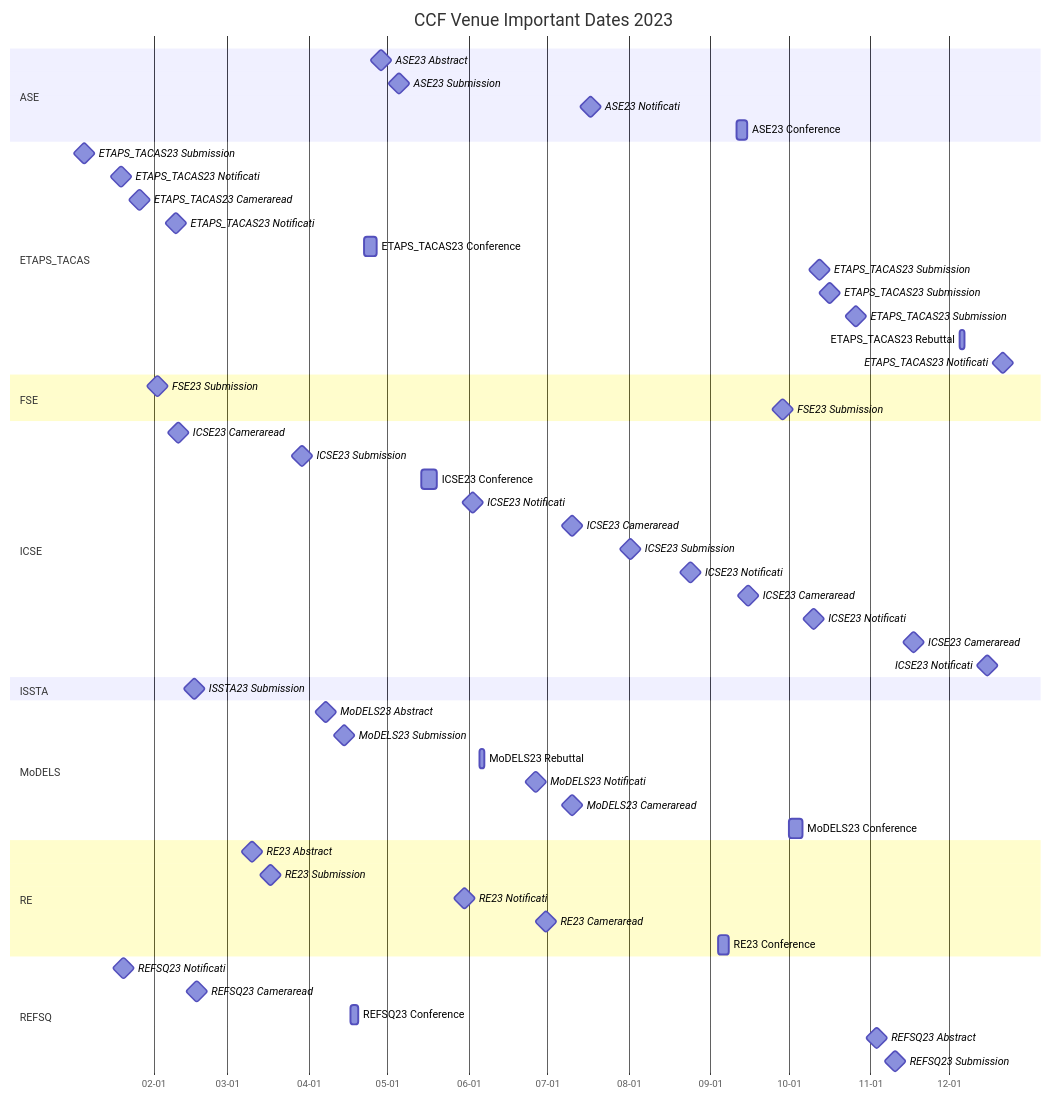
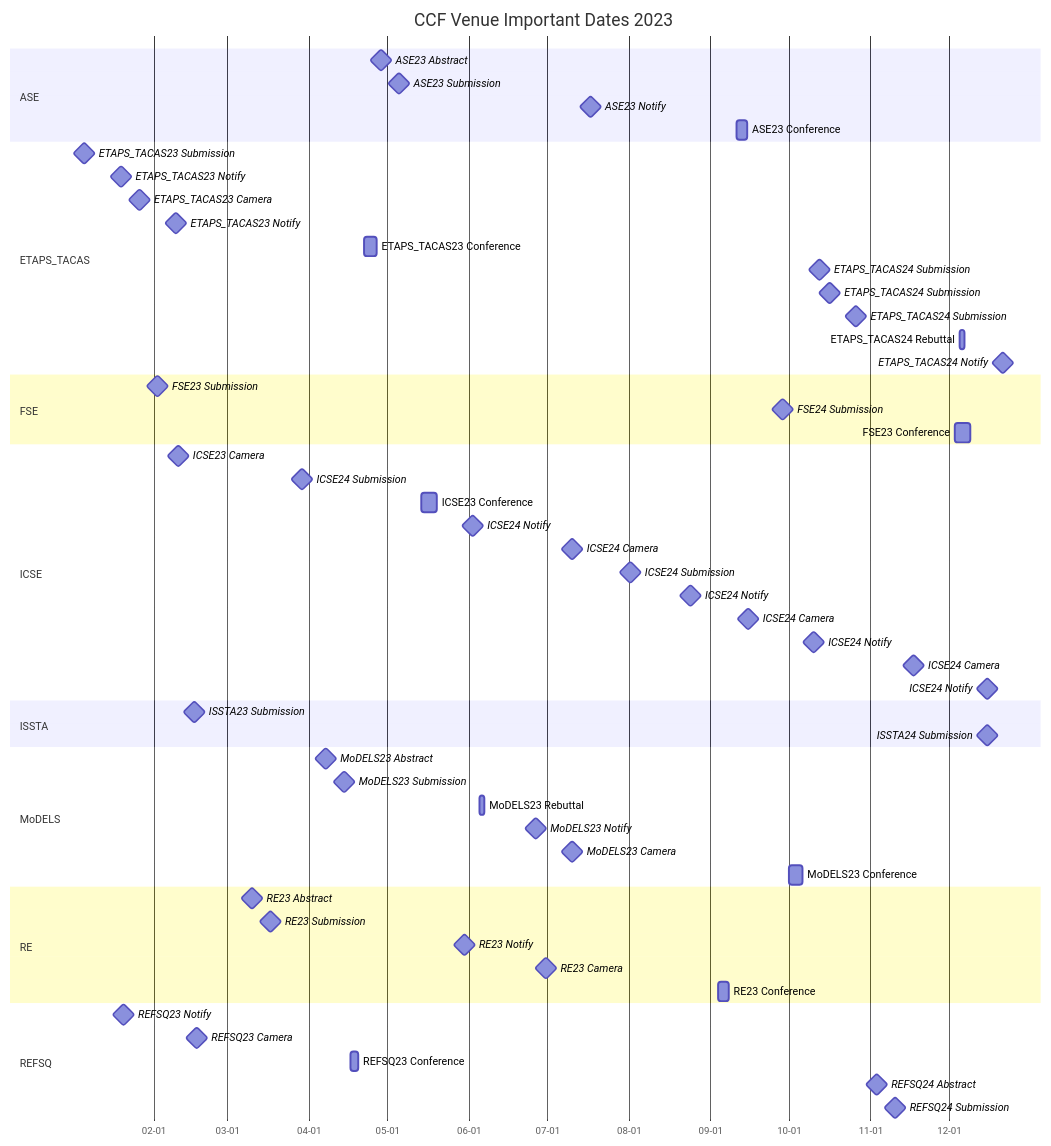
The sixth of 9 diagrams in ccf_venues/TIMELINE.md (HansBug/research_ideas), drawn with Mermaid before and after one commit. The commit also changed other lines of this file and 41 other files, not shown here.

````diff
--- a/ccf_venues/TIMELINE.md
+++ b/ccf_venues/TIMELINE.md
@@ -578,67 +609,69 @@
 ```mermaid
 gantt
   title CCF Venue Important Dates 2023
   dateFormat YYYY-MM-DD
   axisFormat %m-%d
 
   section ASE
   ASE23 Abstract :milestone, ase_2023_1_20230428, 2023-04-28, 1d
   ASE23 Submission :milestone, ase_2023_2_20230505, 2023-05-05, 1d
-  ASE23 Notificati :milestone, ase_2023_3_20230717, 2023-07-17, 1d
+  ASE23 Notify :milestone, ase_2023_3_20230717, 2023-07-17, 1d
   ASE23 Conference :ase_2023_4_20230911, 2023-09-11, 2023-09-15
 
   section ETAPS_TACAS
   ETAPS_TACAS23 Submission :milestone, etaps_tacas_2023_1_20230105, 2023-01-05, 1d
-  ETAPS_TACAS23 Notificati :milestone, etaps_tacas_2023_2_20230119, 2023-01-19, 1d
-  ETAPS_TACAS23 Cameraread :milestone, etaps_tacas_2023_3_20230126, 2023-01-26, 1d
-  ETAPS_TACAS23 Notificati :milestone, etaps_tacas_2023_4_20230209, 2023-02-09, 1d
+  ETAPS_TACAS23 Notify :milestone, etaps_tacas_2023_2_20230119, 2023-01-19, 1d
+  ETAPS_TACAS23 Camera :milestone, etaps_tacas_2023_3_20230126, 2023-01-26, 1d
+  ETAPS_TACAS23 Notify :milestone, etaps_tacas_2023_4_20230209, 2023-02-09, 1d
   ETAPS_TACAS23 Conference :etaps_tacas_2023_5_20230422, 2023-04-22, 2023-04-27
-  ETAPS_TACAS23 Submission :milestone, etaps_tacas_2023_6_20231012, 2023-10-12, 1d
-  ETAPS_TACAS23 Submission :milestone, etaps_tacas_2023_7_20231016, 2023-10-16, 1d
-  ETAPS_TACAS23 Submission :milestone, etaps_tacas_2023_8_20231026, 2023-10-26, 1d
-  ETAPS_TACAS23 Rebuttal :etaps_tacas_2023_9_20231205, 2023-12-05, 2023-12-07
-  ETAPS_TACAS23 Notificati :milestone, etaps_tacas_2023_10_20231221, 2023-12-21, 1d
+  ETAPS_TACAS24 Submission :milestone, etaps_tacas_2023_6_20231012, 2023-10-12, 1d
+  ETAPS_TACAS24 Submission :milestone, etaps_tacas_2023_7_20231016, 2023-10-16, 1d
+  ETAPS_TACAS24 Submission :milestone, etaps_tacas_2023_8_20231026, 2023-10-26, 1d
+  ETAPS_TACAS24 Rebuttal :etaps_tacas_2023_9_20231205, 2023-12-05, 2023-12-07
+  ETAPS_TACAS24 Notify :milestone, etaps_tacas_2023_10_20231221, 2023-12-21, 1d
 
   section FSE
   FSE23 Submission :milestone, fse_2023_1_20230202, 2023-02-02, 1d
-  FSE23 Submission :milestone, fse_2023_2_20230928, 2023-09-28, 1d
+  FSE24 Submission :milestone, fse_2023_2_20230928, 2023-09-28, 1d
+  FSE23 Conference :fse_2023_3_20231203, 2023-12-03, 2023-12-09
 
   section ICSE
-  ICSE23 Cameraread :milestone, icse_2023_1_20230210, 2023-02-10, 1d
-  ICSE23 Submission :milestone, icse_2023_2_20230329, 2023-03-29, 1d
+  ICSE23 Camera :milestone, icse_2023_1_20230210, 2023-02-10, 1d
+  ICSE24 Submission :milestone, icse_2023_2_20230329, 2023-03-29, 1d
   ICSE23 Conference :icse_2023_3_20230514, 2023-05-14, 2023-05-20
-  ICSE23 Notificati :milestone, icse_2023_4_20230602, 2023-06-02, 1d
-  ICSE23 Cameraread :milestone, icse_2023_5_20230710, 2023-07-10, 1d
-  ICSE23 Submission :milestone, icse_2023_6_20230801, 2023-08-01, 1d
-  ICSE23 Notificati :milestone, icse_2023_7_20230824, 2023-08-24, 1d
-  ICSE23 Cameraread :milestone, icse_2023_8_20230915, 2023-09-15, 1d
-  ICSE23 Notificati :milestone, icse_2023_9_20231010, 2023-10-10, 1d
-  ICSE23 Cameraread :milestone, icse_2023_10_20231117, 2023-11-17, 1d
-  ICSE23 Notificati :milestone, icse_2023_11_20231215, 2023-12-15, 1d
+  ICSE24 Notify :milestone, icse_2023_4_20230602, 2023-06-02, 1d
+  ICSE24 Camera :milestone, icse_2023_5_20230710, 2023-07-10, 1d
+  ICSE24 Submission :milestone, icse_2023_6_20230801, 2023-08-01, 1d
+  ICSE24 Notify :milestone, icse_2023_7_20230824, 2023-08-24, 1d
+  ICSE24 Camera :milestone, icse_2023_8_20230915, 2023-09-15, 1d
+  ICSE24 Notify :milestone, icse_2023_9_20231010, 2023-10-10, 1d
+  ICSE24 Camera :milestone, icse_2023_10_20231117, 2023-11-17, 1d
+  ICSE24 Notify :milestone, icse_2023_11_20231215, 2023-12-15, 1d
 
   section ISSTA
   ISSTA23 Submission :milestone, issta_2023_1_20230216, 2023-02-16, 1d
+  ISSTA24 Submission :milestone, issta_2023_2_20231215, 2023-12-15, 1d
 
   section MoDELS
   MoDELS23 Abstract :milestone, models_2023_1_20230407, 2023-04-07, 1d
   MoDELS23 Submission :milestone, models_2023_2_20230414, 2023-04-14, 1d
   MoDELS23 Rebuttal :models_2023_3_20230605, 2023-06-05, 2023-06-07
-  MoDELS23 Notificati :milestone, models_2023_4_20230626, 2023-06-26, 1d
-  MoDELS23 Cameraread :milestone, models_2023_5_20230710, 2023-07-10, 1d
+  MoDELS23 Notify :milestone, models_2023_4_20230626, 2023-06-26, 1d
+  MoDELS23 Camera :milestone, models_2023_5_20230710, 2023-07-10, 1d
   MoDELS23 Conference :models_2023_6_20231001, 2023-10-01, 2023-10-06
 
   section RE
   RE23 Abstract :milestone, re_2023_1_20230310, 2023-03-10, 1d
   RE23 Submission :milestone, re_2023_2_20230317, 2023-03-17, 1d
-  RE23 Notificati :milestone, re_2023_3_20230530, 2023-05-30, 1d
-  RE23 Cameraread :milestone, re_2023_4_20230630, 2023-06-30, 1d
+  RE23 Notify :milestone, re_2023_3_20230530, 2023-05-30, 1d
+  RE23 Camera :milestone, re_2023_4_20230630, 2023-06-30, 1d
   RE23 Conference :re_2023_5_20230904, 2023-09-04, 2023-09-08
 
   section REFSQ
-  REFSQ23 Notificati :milestone, refsq_2023_1_20230120, 2023-01-20, 1d
-  REFSQ23 Cameraread :milestone, refsq_2023_2_20230217, 2023-02-17, 1d
+  REFSQ23 Notify :milestone, refsq_2023_1_20230120, 2023-01-20, 1d
+  REFSQ23 Camera :milestone, refsq_2023_2_20230217, 2023-02-17, 1d
   REFSQ23 Conference :refsq_2023_3_20230417, 2023-04-17, 2023-04-20
-  REFSQ23 Abstract :milestone, refsq_2023_4_20231103, 2023-11-03, 1d
-  REFSQ23 Submission :milestone, refsq_2023_5_20231110, 2023-11-10, 1d
+  REFSQ24 Abstract :milestone, refsq_2023_4_20231103, 2023-11-03, 1d
+  REFSQ24 Submission :milestone, refsq_2023_5_20231110, 2023-11-10, 1d
 
 ```
````
